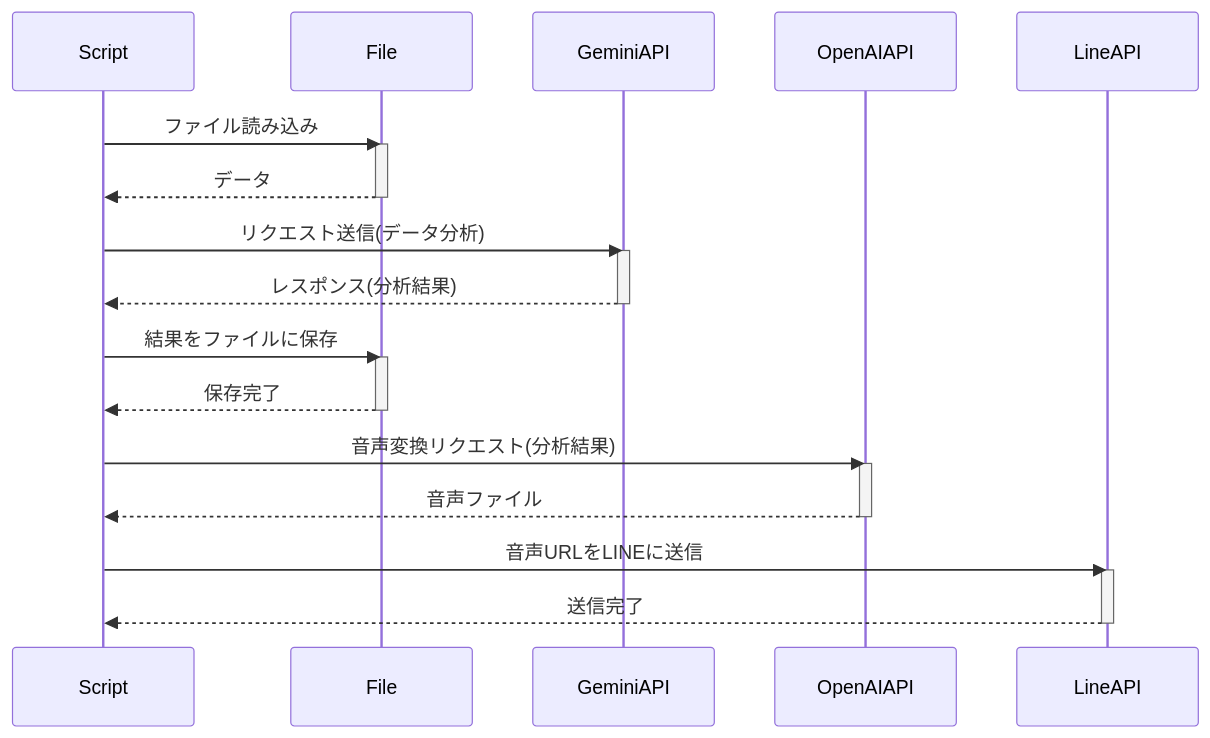
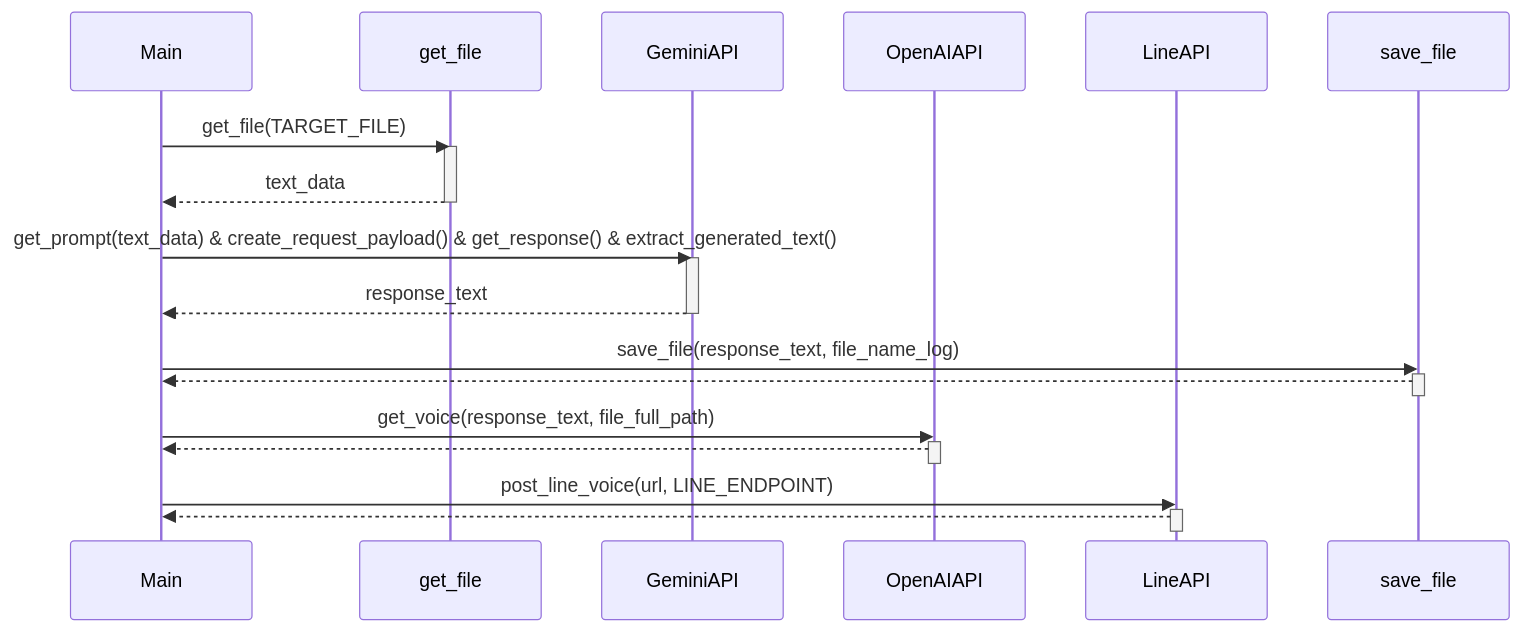
One commit to hgssnk/turing-soul changed the second of 3 diagrams in README.md. Above: the diagram before and after it, drawn with Mermaid. The commit also changed other lines of this file, not shown here.

Commit message:
chore: update README from Gemini

````diff
--- a/README.md
+++ b/README.md
@@ -39,33 +28,30 @@
 ```mermaid
 sequenceDiagram
-    participant Script
-    participant File
+    participant Main
+    participant get_file
     participant GeminiAPI
     participant OpenAIAPI
     participant LineAPI
+    participant save_file
 
-    Script->>File: ファイル読み込み
-    activate File
-    File-->>Script: データ
-    deactivate File
-
-    Script->>GeminiAPI: リクエスト送信(データ分析)
+    Main->>get_file: get_file(TARGET_FILE)
+    activate get_file
+    get_file-->>Main: text_data
+    deactivate get_file
+    Main->>GeminiAPI: get_prompt(text_data) & create_request_payload() & get_response() & extract_generated_text()
     activate GeminiAPI
-    GeminiAPI-->>Script: レスポンス(分析結果)
+    GeminiAPI-->>Main: response_text
     deactivate GeminiAPI
-
-    Script->>File: 結果をファイルに保存
-    activate File
-    File-->>Script: 保存完了
-    deactivate File
-
-    Script->>OpenAIAPI: 音声変換リクエスト(分析結果)
+    Main->>save_file: save_file(response_text, file_name_log)
+    activate save_file
+    save_file-->>Main:
+    deactivate save_file
+    Main->>OpenAIAPI: get_voice(response_text, file_full_path)
     activate OpenAIAPI
-    OpenAIAPI-->>Script: 音声ファイル
+    OpenAIAPI-->>Main:
     deactivate OpenAIAPI
-
-    Script->>LineAPI: 音声URLをLINEに送信
+    Main->>LineAPI: post_line_voice(url, LINE_ENDPOINT)
     activate LineAPI
-    LineAPI-->>Script: 送信完了
+    LineAPI-->>Main:
     deactivate LineAPI
 ```
````
